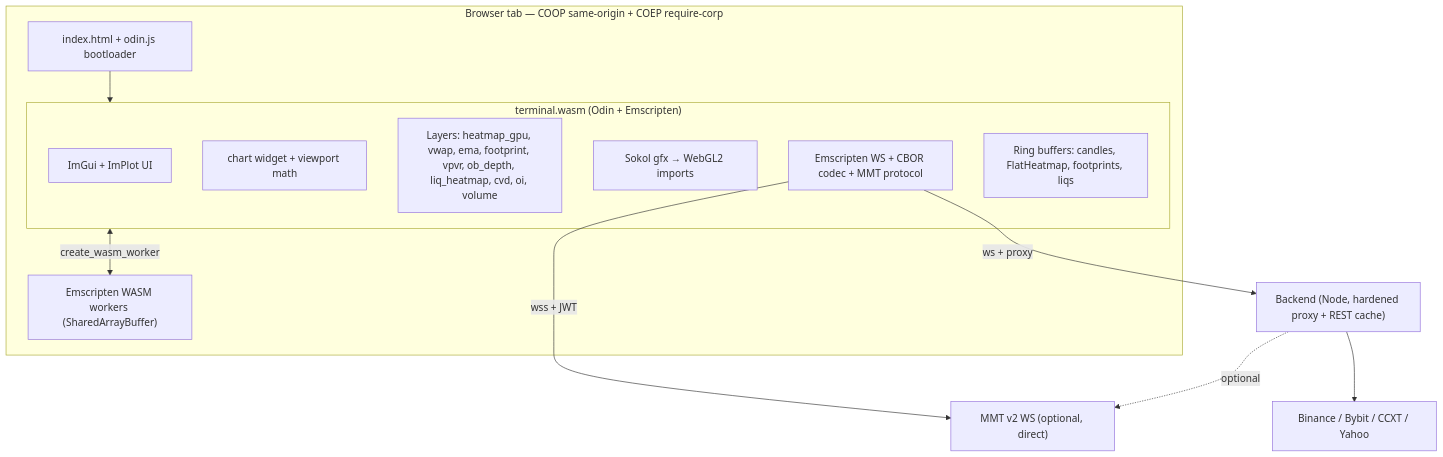
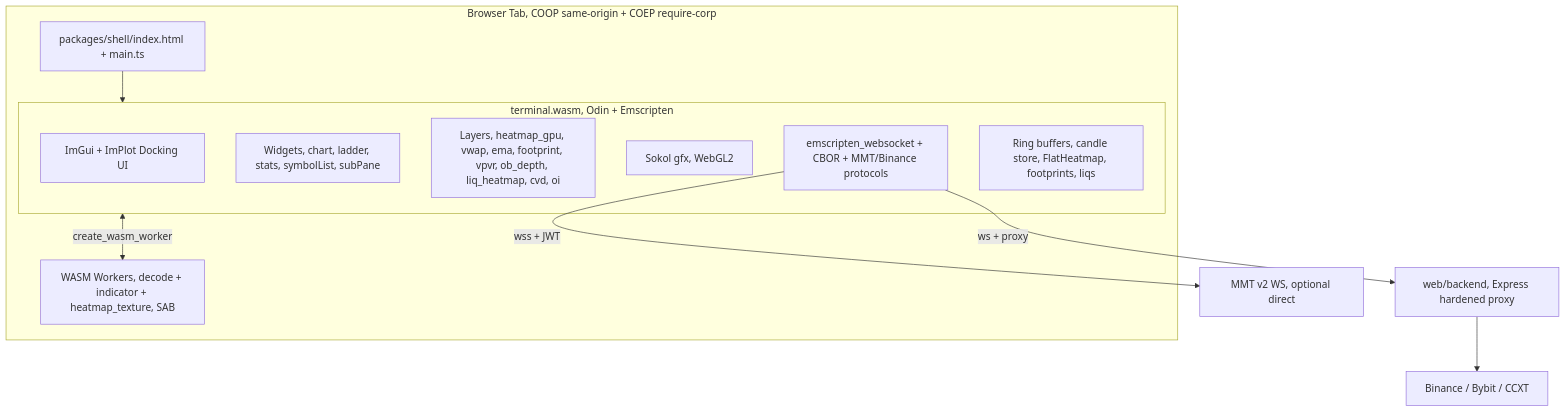
Before and after one commit to lukasdoellingg/mmt-trade: the diagram in ARCHITECTURE.md, drawn with Mermaid. The commit also changed other lines of this file and 145 other files, not shown here.

````diff
--- a/ARCHITECTURE.md
+++ b/ARCHITECTURE.md
@@ -49,21 +53,20 @@
 ```mermaid
 flowchart TB
-  subgraph browser [Browser tab — COOP same-origin + COEP require-corp]
-    shell["index.html + odin.js bootloader"]
-    subgraph terminal ["terminal.wasm (Odin + Emscripten)"]
-      ui["ImGui + ImPlot UI"]
-      widget["chart widget + viewport math"]
-      layers["Layers: heatmap_gpu, vwap, ema, footprint, vpvr, ob_depth, liq_heatmap, cvd, oi, volume"]
-      gfx["Sokol gfx → WebGL2 imports"]
-      net["Emscripten WS + CBOR codec + MMT protocol"]
-      store["Ring buffers: candles, FlatHeatmap, footprints, liqs"]
+  subgraph browser ["Browser Tab, COOP same-origin + COEP require-corp"]
+    shell["packages/shell/index.html + main.ts"]
+    subgraph terminal ["terminal.wasm, Odin + Emscripten"]
+      ui["ImGui + ImPlot Docking UI"]
+      widgets["Widgets, chart, ladder, stats, symbolList, subPane"]
+      layers["Layers, heatmap_gpu, vwap, ema, footprint, vpvr, ob_depth, liq_heatmap, cvd, oi"]
+      gfx["Sokol gfx, WebGL2"]
+      net["emscripten_websocket + CBOR + MMT/Binance protocols"]
+      data["Ring buffers, candle store, FlatHeatmap, footprints, liqs"]
     end
-    workers["Emscripten WASM workers (SharedArrayBuffer)"]
+    workers["WASM Workers, decode + indicator + heatmap_texture, SAB"]
   end
   shell --> terminal
   terminal <-->|"create_wasm_worker"| workers
-  net -->|"wss + JWT"| mmtUp["MMT v2 WS (optional, direct)"]
-  net -->|"ws + proxy"| backend["Backend (Node, hardened proxy + REST cache)"]
-  backend --> binance["Binance / Bybit / CCXT / Yahoo"]
-  backend -.optional.-> mmtUp
+  net -->|"wss + JWT"| mmtUp["MMT v2 WS, optional direct"]
+  net -->|"ws + proxy"| backend["web/backend, Express hardened proxy"]
+  backend --> binance["Binance / Bybit / CCXT"]
 ```
````
